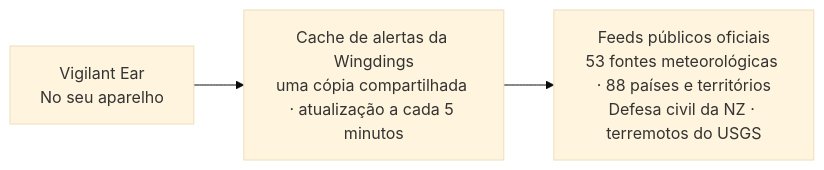
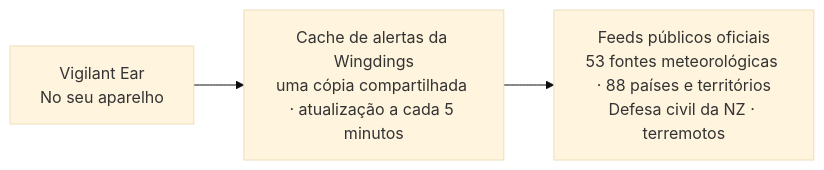
The fourth of 4 diagrams in README_pt-BR.md (rpalm01-star/VigilantEarLegal), drawn with Mermaid (base theme) before and after one commit. The commit also changed other lines of this file and 47 other files, not shown here.

````diff
--- a/README_pt-BR.md
+++ b/README_pt-BR.md
@@ -171,5 +171,5 @@
 ```mermaid
 graph LR
     P1["Vigilant Ear<br/>No seu aparelho"] --> W["Cache de alertas da Wingdings<br/>uma cópia compartilhada · atualização a cada 5 minutos"]
-    W --> N["Feeds públicos oficiais<br/>53 fontes meteorológicas · 88 países e territórios<br/>Defesa civil da NZ · terremotos do USGS"]
+    W --> N["Feeds públicos oficiais<br/>53 fontes meteorológicas · 88 países e territórios<br/>Defesa civil da NZ · terremotos"]
 ```
````
